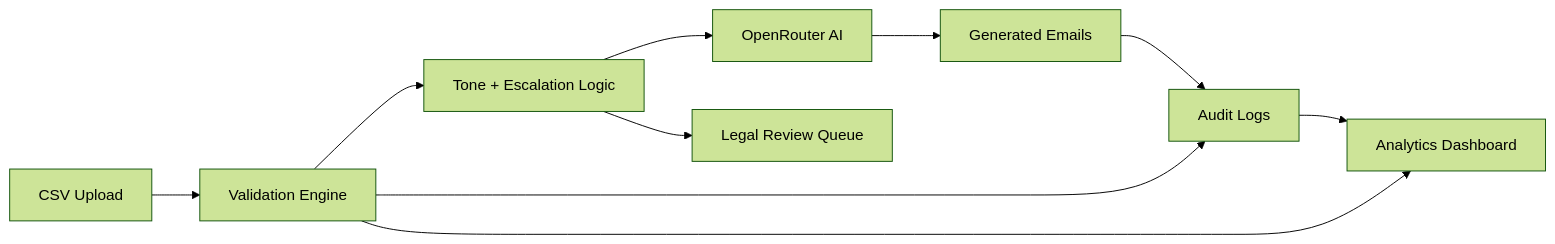
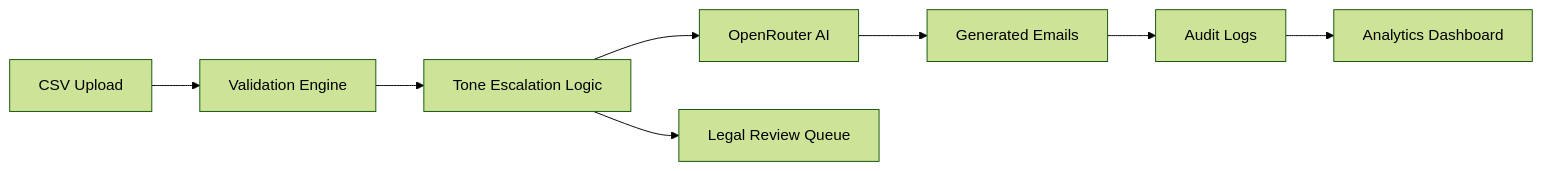
The diagram in README.md (ritesh-pandey001/FinFlow-AI), drawn with Mermaid (forest theme) before and after one commit. The commit also changed other lines of this file, not shown here.

````diff
--- a/README.md
+++ b/README.md
@@ -37,12 +71,10 @@
 ```mermaid
 flowchart LR
   A[CSV Upload] --> B[Validation Engine]
-  B --> C[Tone + Escalation Logic]
+  B --> C[Tone Escalation Logic]
   C --> D[OpenRouter AI]
   D --> E[Generated Emails]
   E --> F[Audit Logs]
   F --> G[Analytics Dashboard]
-  B --> F
-  B --> G
   C --> H[Legal Review Queue]
 ```
````
